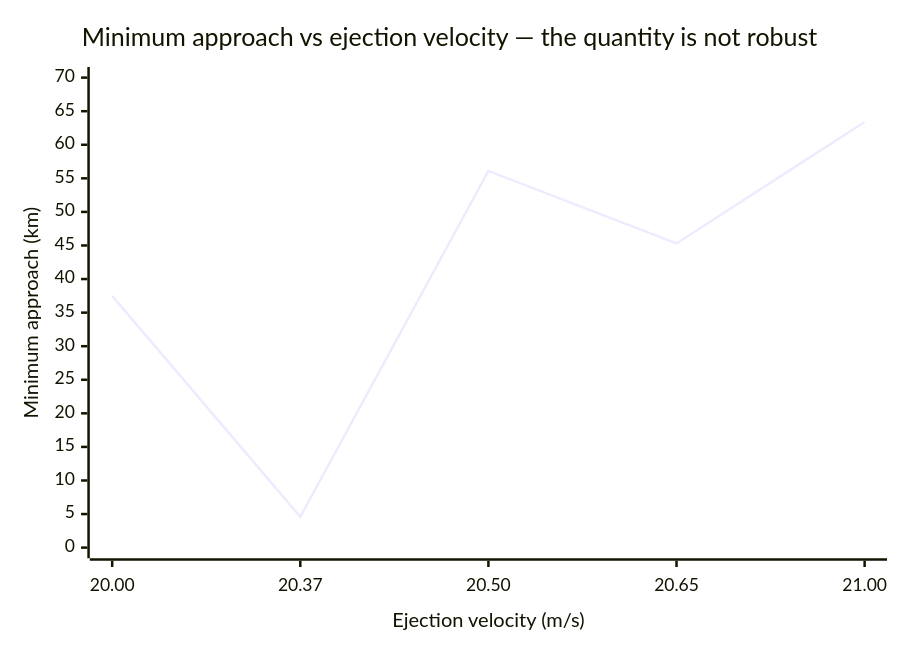
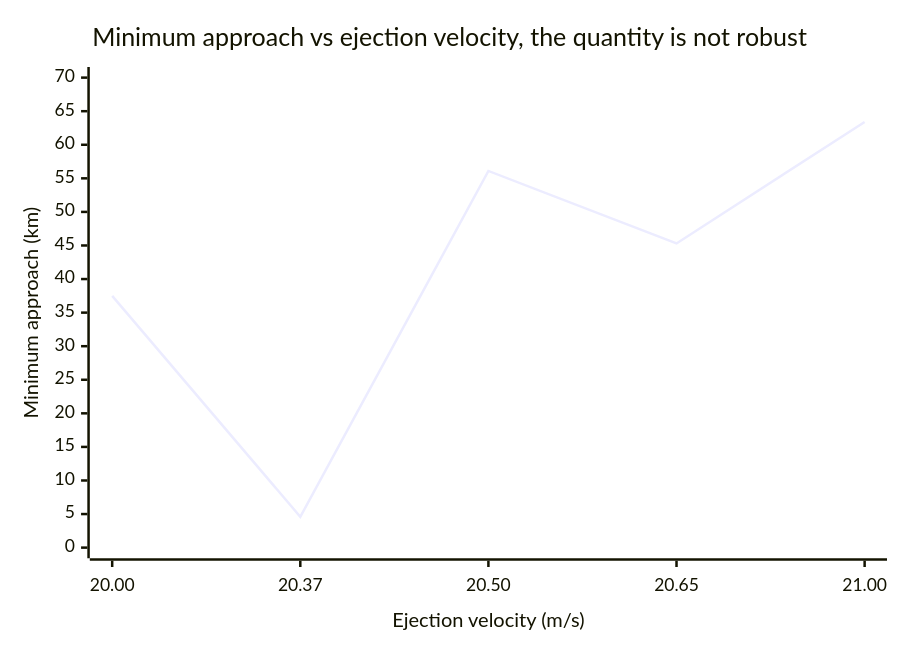
One commit to aaaaaaaaaaaavm/EMOCD changed the second of 11 diagrams in RESULTS.md. Above: the diagram before and after it, drawn with Mermaid. The commit also changed other lines of this file and 72 other files, not shown here.

````diff
--- a/RESULTS.md
+++ b/RESULTS.md
@@ -45,7 +45,7 @@
 ```mermaid
 xychart-beta
-    title "Minimum approach vs ejection velocity — the quantity is not robust"
+    title "Minimum approach vs ejection velocity, the quantity is not robust"
     x-axis "Ejection velocity (m/s)" [20.00, 20.37, 20.50, 20.65, 21.00]
     y-axis "Minimum approach (km)" 0 --> 70
     line [37.5, 4.6, 56.1, 45.3, 63.4]
 ```
````
